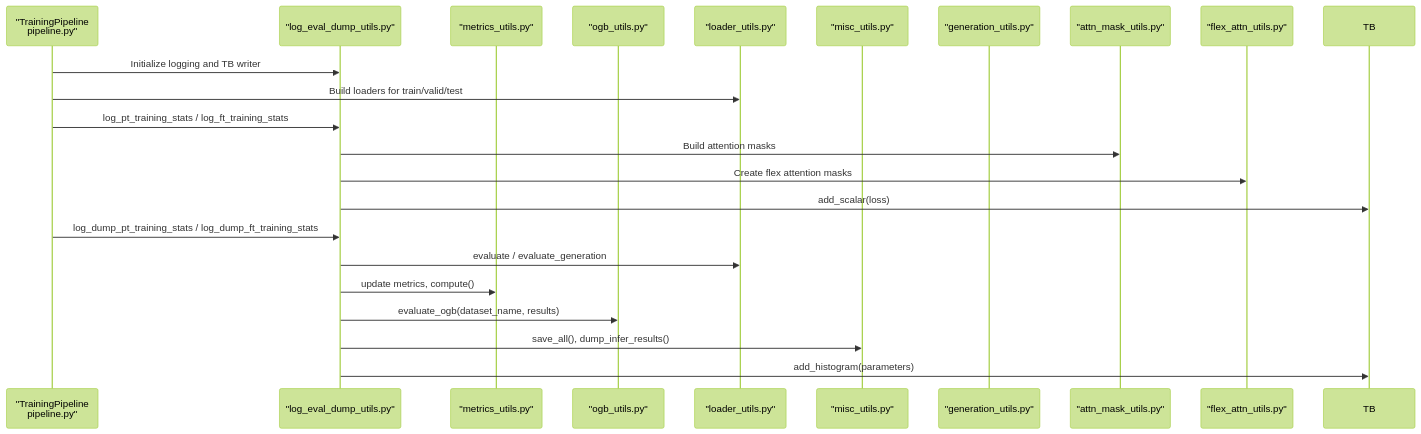
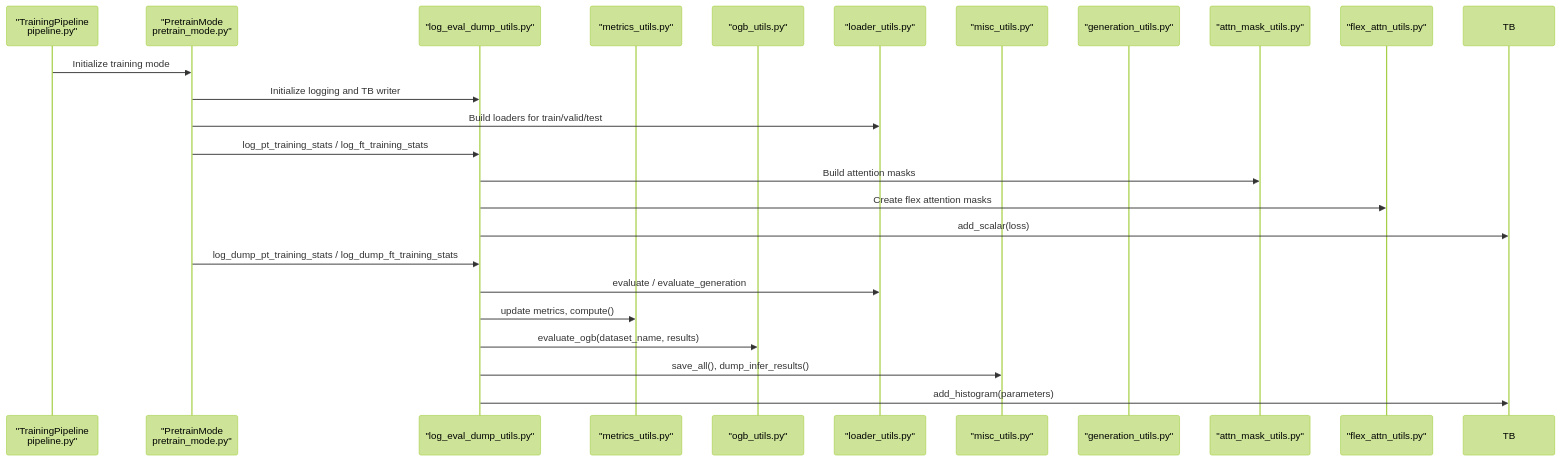
The second of 11 diagrams in .qoder/repowiki/en/content/Utility Functions/Logging & Evaluation.md (alibaba/graph-gpt), drawn with Mermaid (forest theme) before and after one commit. The commit also changed other lines of this file and 7 other files, not shown here.

````diff
--- a/.qoder/repowiki/en/content/Utility Functions/Logging & Evaluation.md
+++ b/.qoder/repowiki/en/content/Utility Functions/Logging & Evaluation.md
@@ -164,24 +170,26 @@
 ```mermaid
 sequenceDiagram
 participant TP as "TrainingPipeline<br/>pipeline.py"
+participant PM as "PretrainMode<br/>pretrain_mode.py"
 participant LOG as "log_eval_dump_utils.py"
 participant MET as "metrics_utils.py"
 participant OGB as "ogb_utils.py"
 participant LOADER as "loader_utils.py"
 participant MISC as "misc_utils.py"
 participant GEN as "generation_utils.py"
 participant AMU as "attn_mask_utils.py"
 participant FAU as "flex_attn_utils.py"
-TP->>LOG : Initialize logging and TB writer
-TP->>LOADER : Build loaders for train/valid/test
-TP->>LOG : log_pt_training_stats / log_ft_training_stats
+TP->>PM : Initialize training mode
+PM->>LOG : Initialize logging and TB writer
+PM->>LOADER : Build loaders for train/valid/test
+PM->>LOG : log_pt_training_stats / log_ft_training_stats
 LOG->>AMU : Build attention masks
 LOG->>FAU : Create flex attention masks
 LOG->>TB : add_scalar(loss)
-TP->>LOG : log_dump_pt_training_stats / log_dump_ft_training_stats
+PM->>LOG : log_dump_pt_training_stats / log_dump_ft_training_stats
 LOG->>LOADER : evaluate / evaluate_generation
 LOG->>MET : update metrics, compute()
 LOG->>OGB : evaluate_ogb(dataset_name, results)
 LOG->>MISC : save_all(), dump_infer_results()
 LOG->>TB : add_histogram(parameters)
 ```
````
